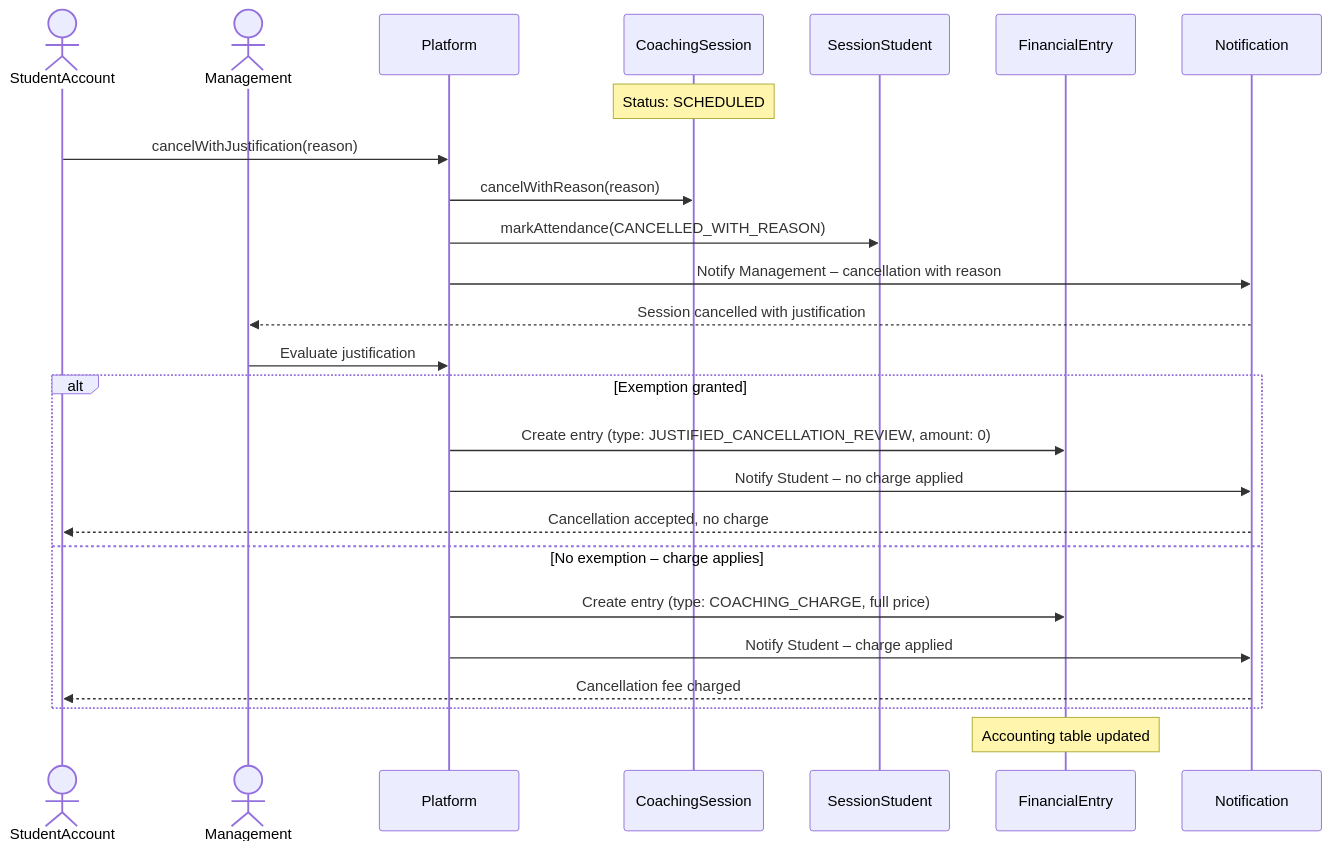
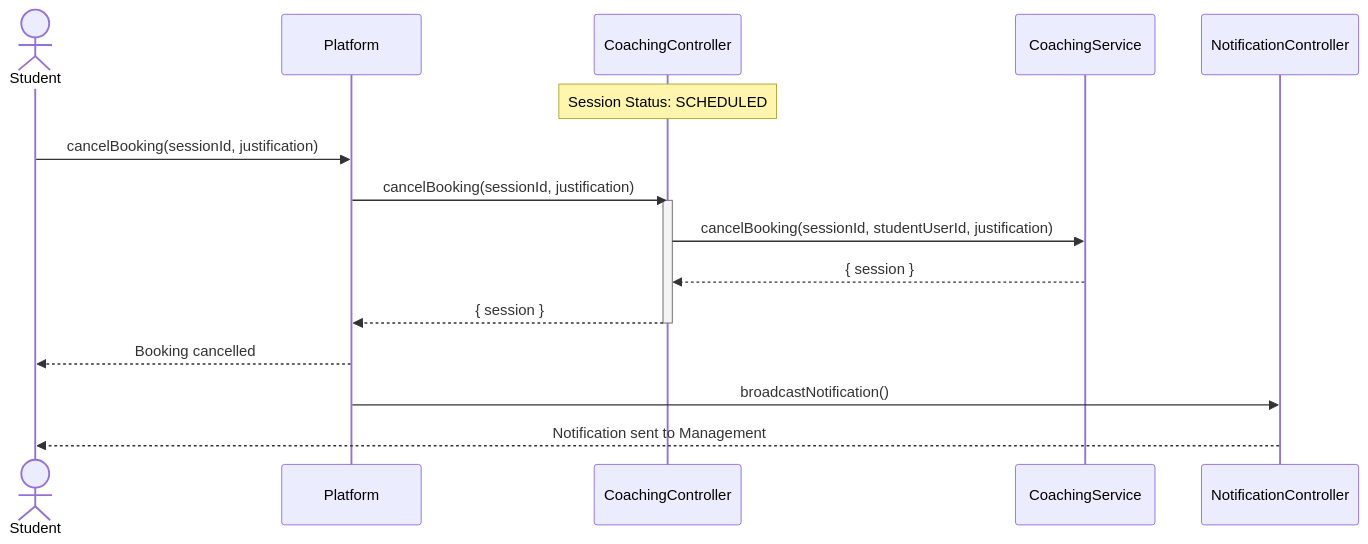
The fourth of 20 diagrams in diagrams/Sequence Diagram/sequencediagram.md (NovaLogic-Systems/gestArtes-docs), drawn with Mermaid before and after one commit. The commit also changed other lines of this file, not shown here.

Commit message:
Refactor sequence diagrams for user authentication, coaching session requests, and admin management

````diff
--- a/diagrams/Sequence Diagram/sequencediagram.md
+++ b/diagrams/Sequence Diagram/sequencediagram.md
@@ -101,28 +106,21 @@
 ```mermaid
 sequenceDiagram
-    actor Student as StudentAccount
-    actor Management
-    participant Platform
-    participant CoachingSession
-    participant SessionStudent
-    participant FinancialEntry
-    participant Notification
+    actor Student
+    participant Platform as Platform
+    participant CoachingController as CoachingController
+    participant CoachingService as CoachingService
+    participant NotificationController as NotificationController
 
-    Note over CoachingSession: Status: SCHEDULED
-    Student->>Platform: cancelWithJustification(reason)
-    Platform->>CoachingSession: cancelWithReason(reason)
-    Platform->>SessionStudent: markAttendance(CANCELLED_WITH_REASON)
-    Platform->>Notification: Notify Management – cancellation with reason
-    Notification-->>Management: Session cancelled with justification
-    Management->>Platform: Evaluate justification
-    alt Exemption granted
-        Platform->>FinancialEntry: Create entry (type: JUSTIFIED_CANCELLATION_REVIEW, amount: 0)
-        Platform->>Notification: Notify Student – no charge applied
-        Notification-->>Student: Cancellation accepted, no charge
-    else No exemption – charge applies
-        Platform->>FinancialEntry: Create entry (type: COACHING_CHARGE, full price)
-        Platform->>Notification: Notify Student – charge applied
-        Notification-->>Student: Cancellation fee charged
-    end
-    Note over FinancialEntry: Accounting table updated
+    Note over CoachingController: Session Status: SCHEDULED
+    Student->>Platform: cancelBooking(sessionId, justification)
+    Platform->>CoachingController: cancelBooking(sessionId, justification)
+    activate CoachingController
+    CoachingController->>CoachingService: cancelBooking(sessionId, studentUserId, justification)
+    CoachingService-->>CoachingController: { session }
+    CoachingController-->>Platform: { session }
+    deactivate CoachingController
+    Platform-->>Student: Booking cancelled
+
+    Platform->>NotificationController: broadcastNotification()
+    NotificationController-->>Student: Notification sent to Management
 ```
````
